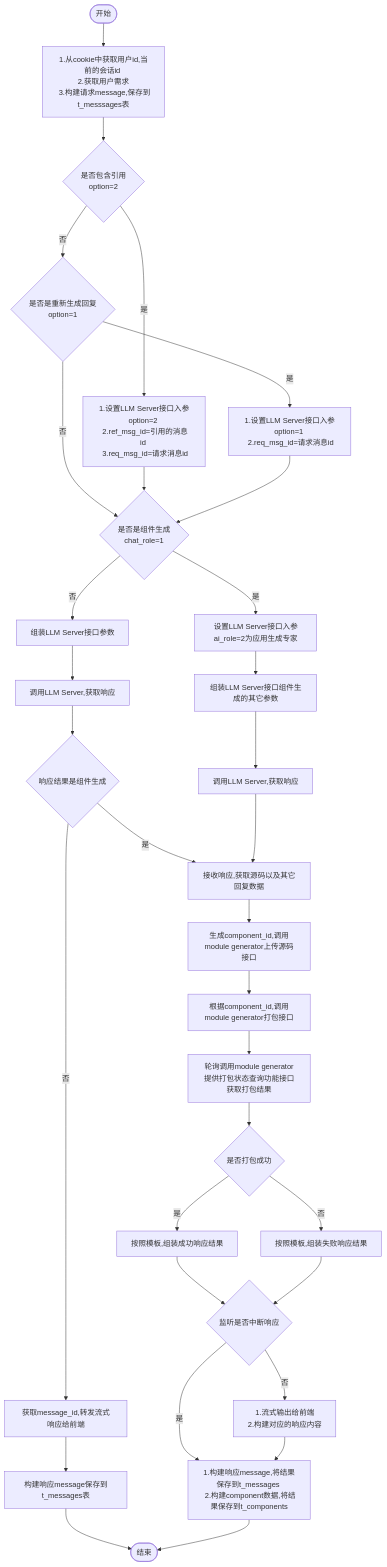
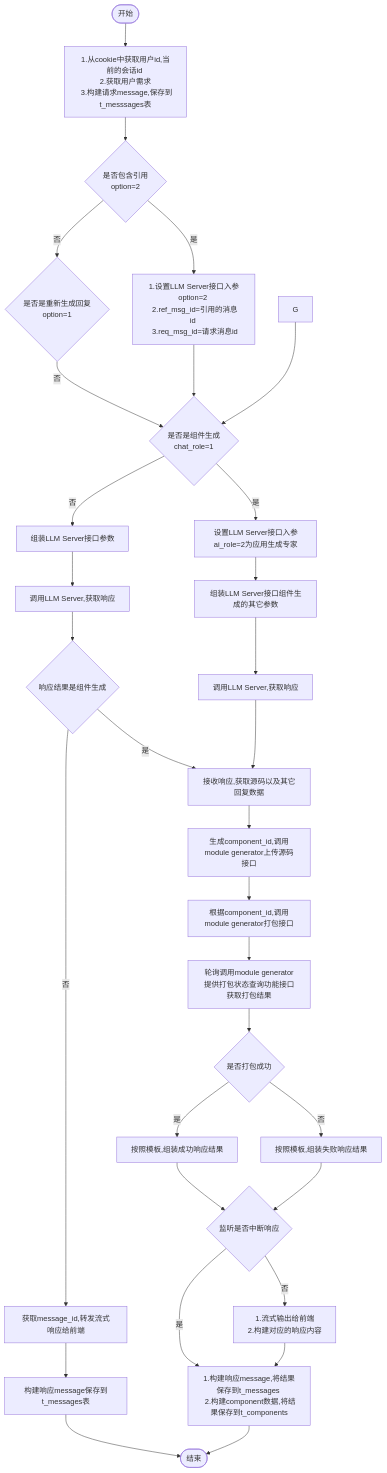
The diagram in all/未命名-8.md (yingjianzh/iodraw-files), drawn with Mermaid before and after one commit.

Commit message:
2024-10-16 09:24:44 update

````diff
--- a/all/未命名-8.md
+++ b/all/未命名-8.md
@@ -1,41 +1,38 @@
 ```mermaid
 flowchart TD
     A([开始]) --> B[1.从cookie中获取用户id,当前的会话id \n 2.获取用户需求 \n 3.构建请求message,保存到t_messsages表]
-    
     B--> D{是否包含引用 \n option=2}
-    F -- 是 --> G[1.设置LLM Server接口入参option=1 \n 2.req_msg_id=请求消息id]
     D -- 是 --> E[1.设置LLM Server接口入参option=2 \n 2.ref_msg_id=引用的消息id \n 3.req_msg_id=请求消息id]
     D -- 否 --> F{是否是重新生成回复\n option=1}
     
     F -- 否 --> I
-    
      
     E & G --> I{是否是组件生成 \n chat_role=1}
     I -- 否 --> M[组装LLM Server接口参数] 
     I -- 是 --> J[设置LLM Server接口入参ai_role=2为应用生成专家]
     
 
     J --> L[组装LLM Server接口组件生成的其它参数]    
     M --> N[调用LLM Server,获取响应]
     N --> H{响应结果是组件生成}   
     H -- 是 --> T 
     H -- 否 --> O[获取message_id,转发流式响应给前端]
     O --> P[构建响应message保存到t_messages表]
     P --> R([结束])
 
 
     L --> S[调用LLM Server,获取响应]
     S --> T[接收响应,获取源码以及其它回复数据]
     T --> U[生成component_id,调用module generator上传源码接口]
     U --> V[根据component_id,调用module generator打包接口]
     V --> W[轮询调用module generator提供打包状态查询功能接口获取打包结果]
     W --> X{是否打包成功}
     X -- 是 --> Y[按照模板,组装成功响应结果]
     X -- 否 --> Z[按照模板,组装失败响应结果]
     Y & Z --> Done{监听是否中断响应}
     Done -- 是 --> Result
     Done -- 否 --> OutPut[1.流式输出给前端 \n 2.构建对应的响应内容]
 
     OutPut --> Result[1.构建响应message,将结果保存到t_messages \n 2.构建component数据,将结果保存到t_components]
     Result --> R
 ```
````
